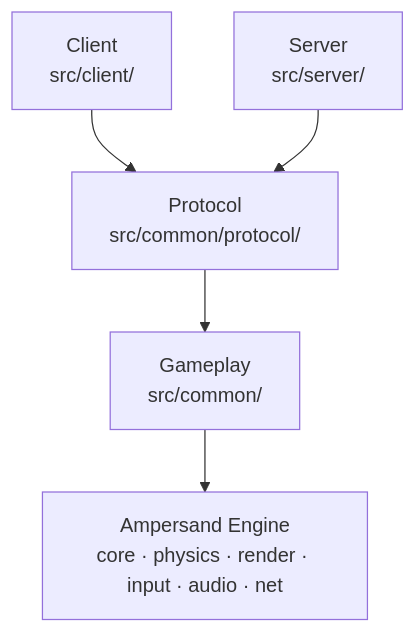
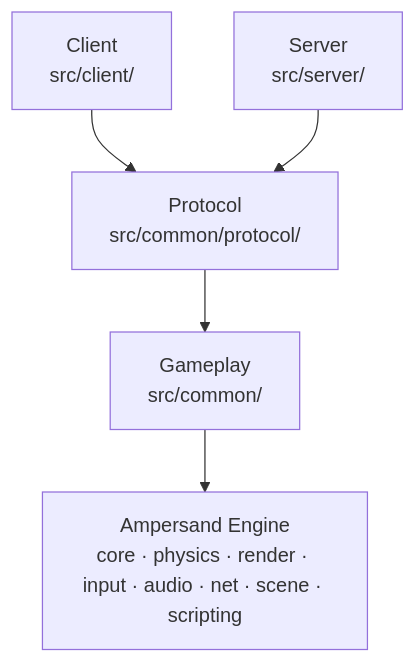
One commit to Boz0o0/R-Type changed the diagram in docs/mkdocs/architecture.md. Above: the diagram before and after it, drawn with Mermaid. The commit also changed other lines of this file, not shown here.

Commit message:
docs(architecture): shorter, with links to the engine docs

````diff
--- a/docs/mkdocs/architecture.md
+++ b/docs/mkdocs/architecture.md
@@ -5,8 +5,8 @@
 ```mermaid
 flowchart TB
     Client["Client<br/>src/client/"] --> Protocol
     Server["Server<br/>src/server/"] --> Protocol
     Protocol["Protocol<br/>src/common/protocol/"] --> Gameplay
     Gameplay["Gameplay<br/>src/common/"] --> Engine
-    Engine["Ampersand Engine<br/>core · physics · render · input · audio · net"]
+    Engine["Ampersand Engine<br/>core · physics · render · input · audio · net · scene · scripting"]
 ```
````
